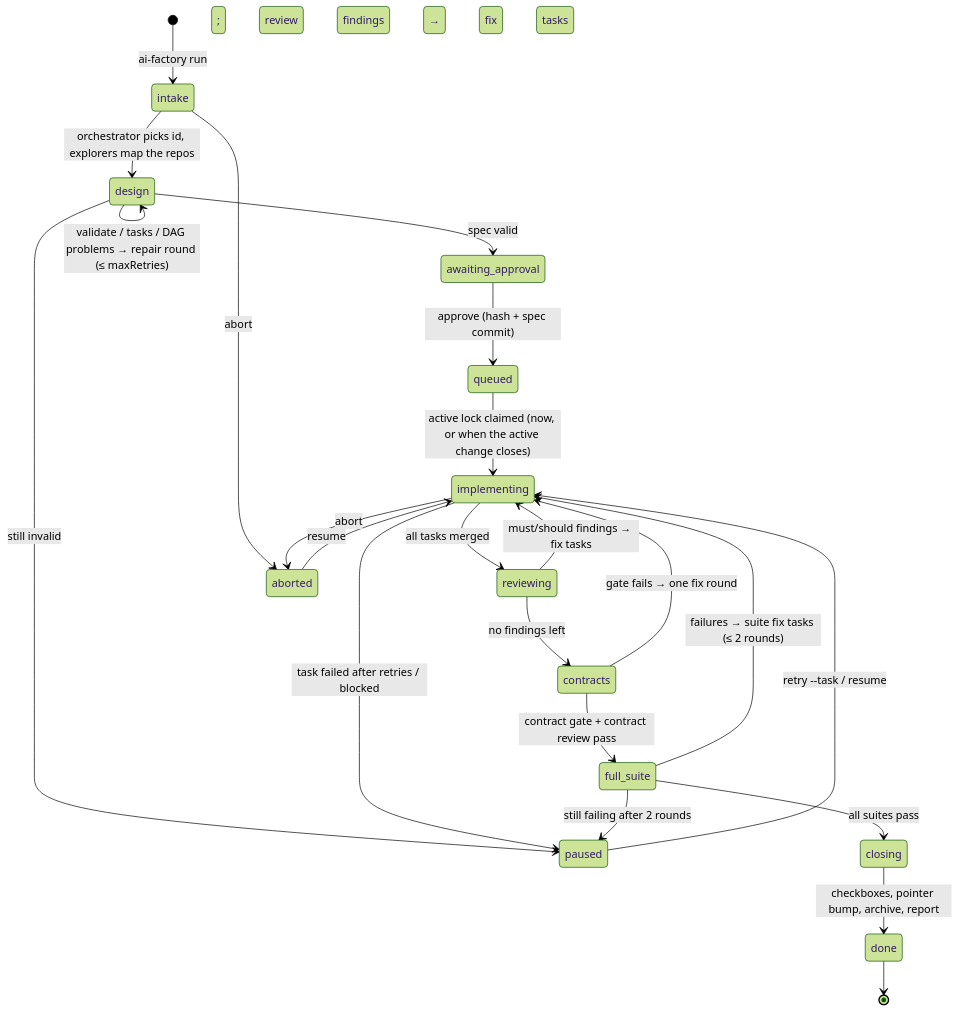
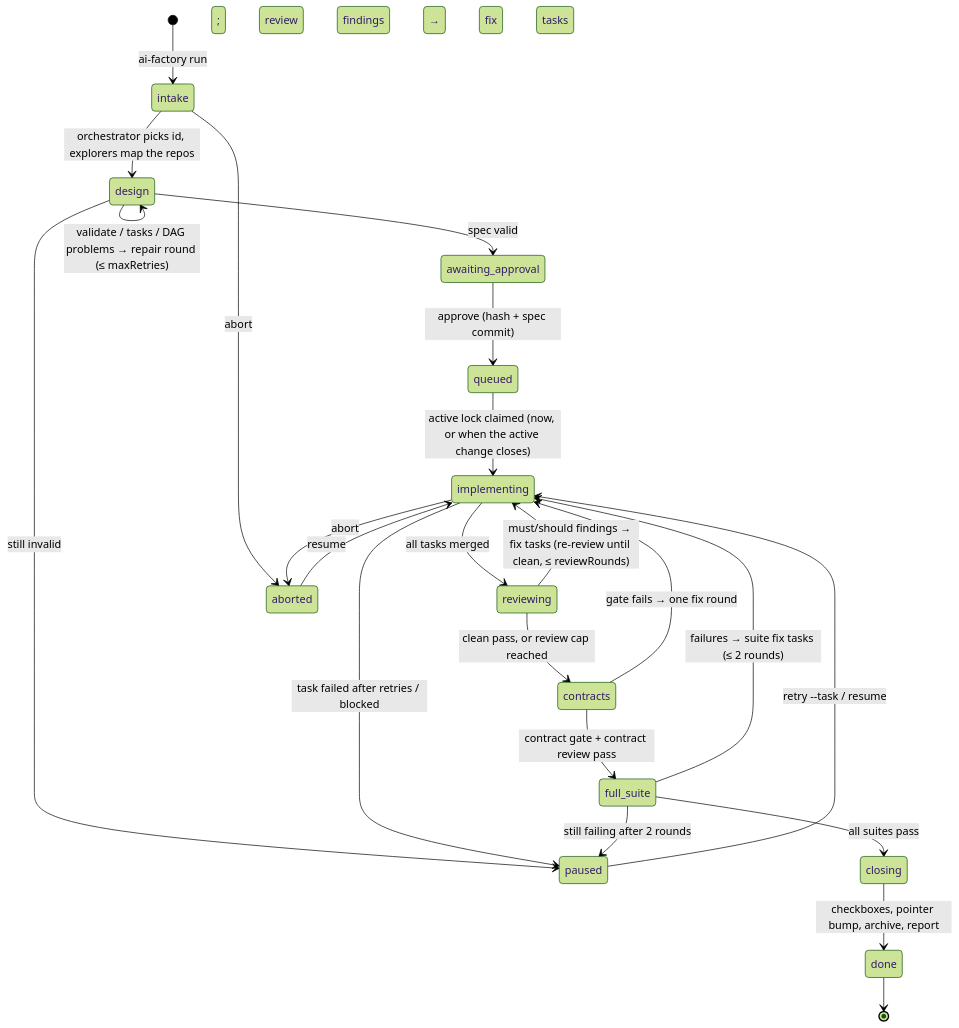
Before and after one commit to Supporterino/AI-Factory: the second of 3 diagrams in ARCHITECTURE.md, drawn with Mermaid (forest theme). The commit also changed other lines of this file and 27 other files, not shown here.

````diff
--- a/ARCHITECTURE.md
+++ b/ARCHITECTURE.md
@@ -90,25 +90,25 @@
 ```mermaid
 stateDiagram-v2
   [*] --> intake: ai-factory run
   intake --> design: orchestrator picks id, explorers map the repos
   design --> design: validate / tasks / DAG problems → repair round (≤ maxRetries)
   design --> awaiting_approval: spec valid
   design --> paused: still invalid
   awaiting_approval --> queued: approve (hash + spec commit)
   queued --> implementing: active lock claimed (now, or when the active change closes)
   implementing --> reviewing: all tasks merged
-  reviewing --> implementing: must/should findings → fix tasks
-  reviewing --> contracts: no findings left
+  reviewing --> implementing: must/should findings → fix tasks (re-review until clean, ≤ reviewRounds)
+  reviewing --> contracts: clean pass, or review cap reached
   contracts --> implementing: gate fails → one fix round; review findings → fix tasks
   contracts --> full_suite: contract gate + contract review pass
   full_suite --> implementing: failures → suite fix tasks (≤ 2 rounds)
   full_suite --> closing: all suites pass
   closing --> done: checkboxes, pointer bump, archive, report
   implementing --> paused: task failed after retries / blocked
   full_suite --> paused: still failing after 2 rounds
   paused --> implementing: retry --task / resume
   intake --> aborted: abort
   implementing --> aborted: abort
   aborted --> implementing: resume
   done --> [*]
 ```
````
